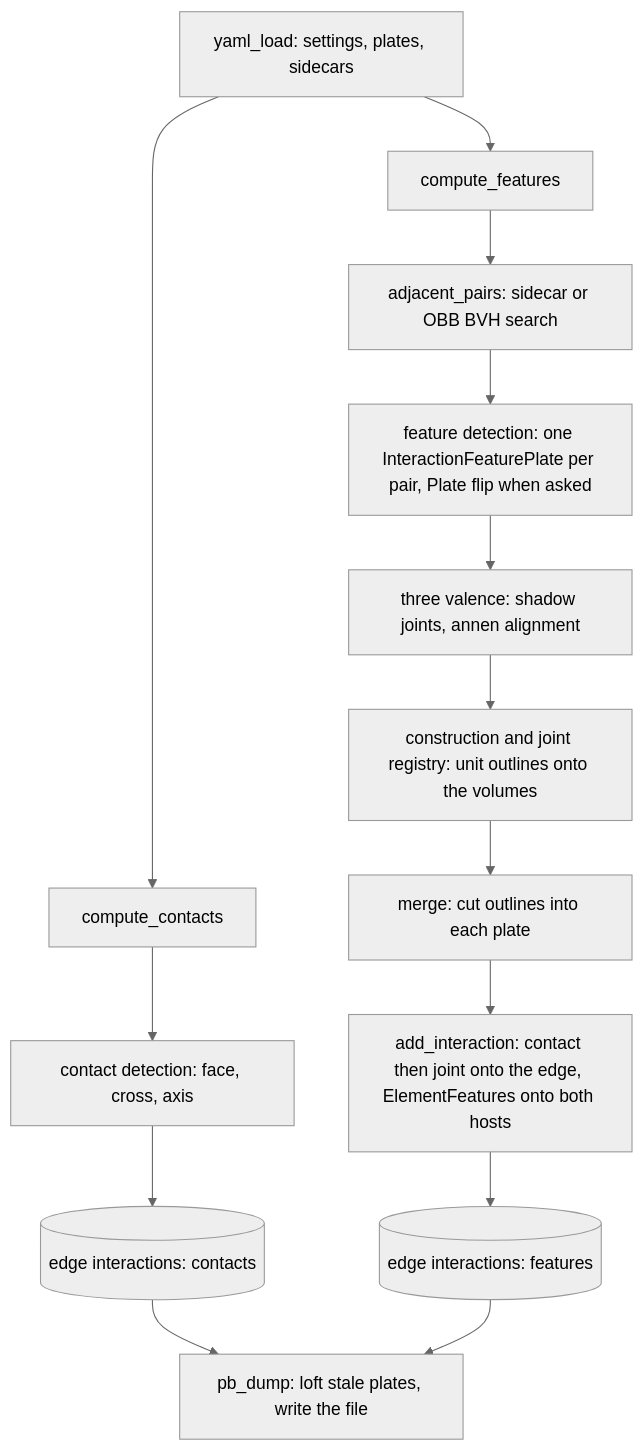
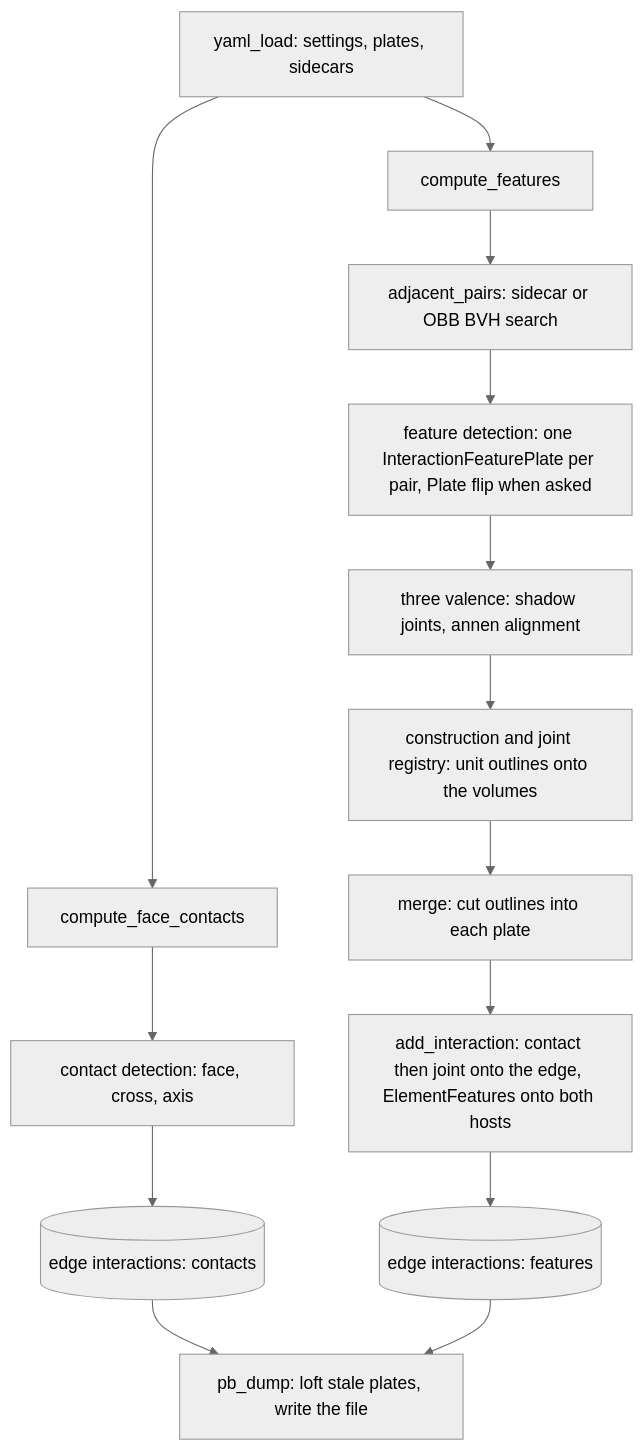
The eighth of 10 diagrams in src/docs.md (petrasvestartas/wood), drawn with Mermaid (neutral theme) before and after one commit. The commit also changed other lines of this file and 103 other files, not shown here.

````diff
--- a/src/docs.md
+++ b/src/docs.md
@@ -280,16 +277,16 @@
 ```mermaid
 flowchart TB
-    Y["yaml_load: settings, plates, sidecars"] --> CC["compute_contacts"]
+    Y["yaml_load: settings, plates, sidecars"] --> CC["compute_face_contacts"]
     Y --> CF["compute_features"]
     CC --> CD["contact detection: face, cross, axis"]
     CD --> ST[("edge interactions: contacts")]
     CF --> AP["adjacent_pairs: sidecar or OBB BVH search"]
     AP --> FD["feature detection: one InteractionFeaturePlate per pair, Plate flip when asked"]
     FD --> TV["three valence: shadow joints, annen alignment"]
     TV --> FC["construction and joint registry: unit outlines onto the volumes"]
     FC --> MM["merge: cut outlines into each plate"]
     MM --> AF["add_interaction: contact then joint onto the edge, ElementFeatures onto both hosts"]
     AF --> ST2[("edge interactions: features")]
     ST --> PB["pb_dump: loft stale plates, write the file"]
     ST2 --> PB
 ```
````
